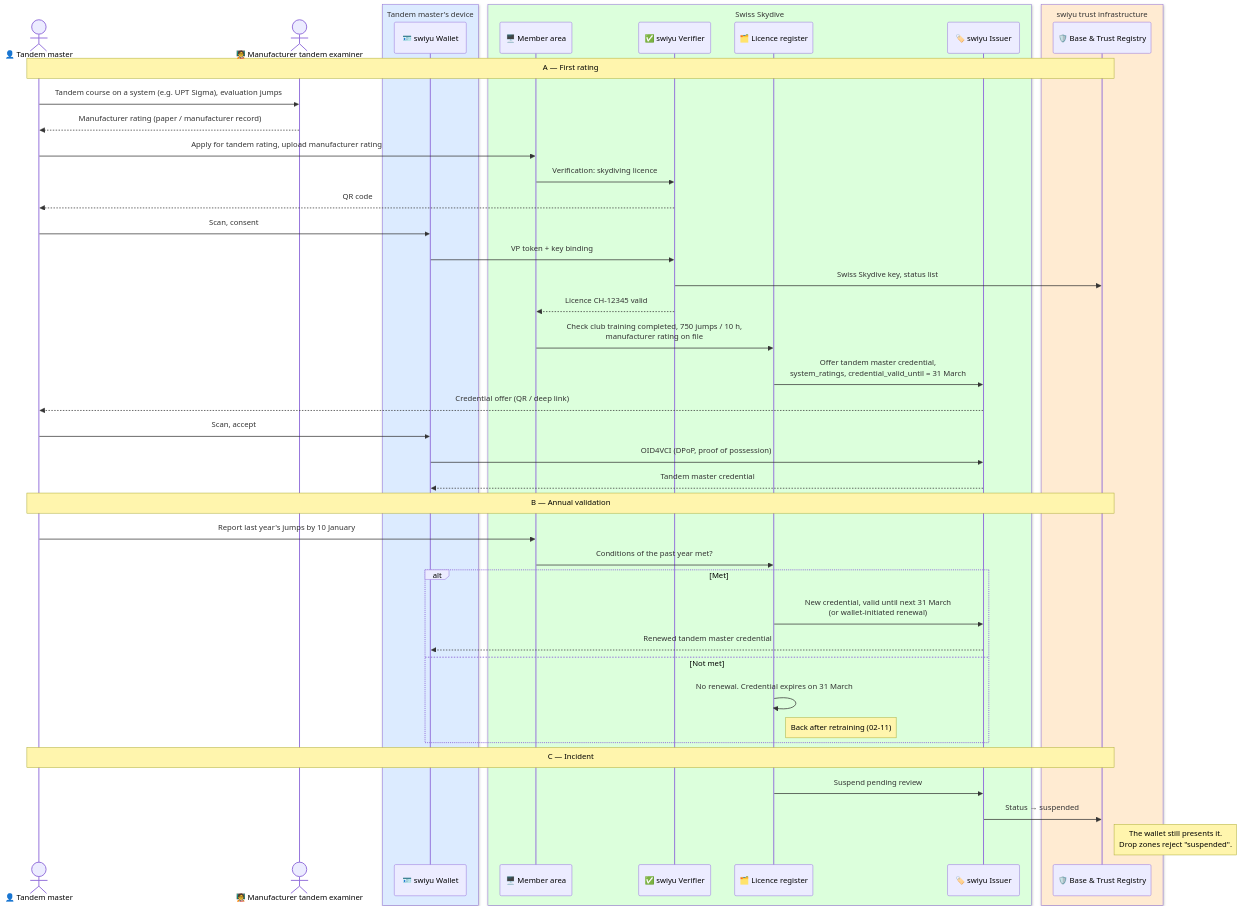
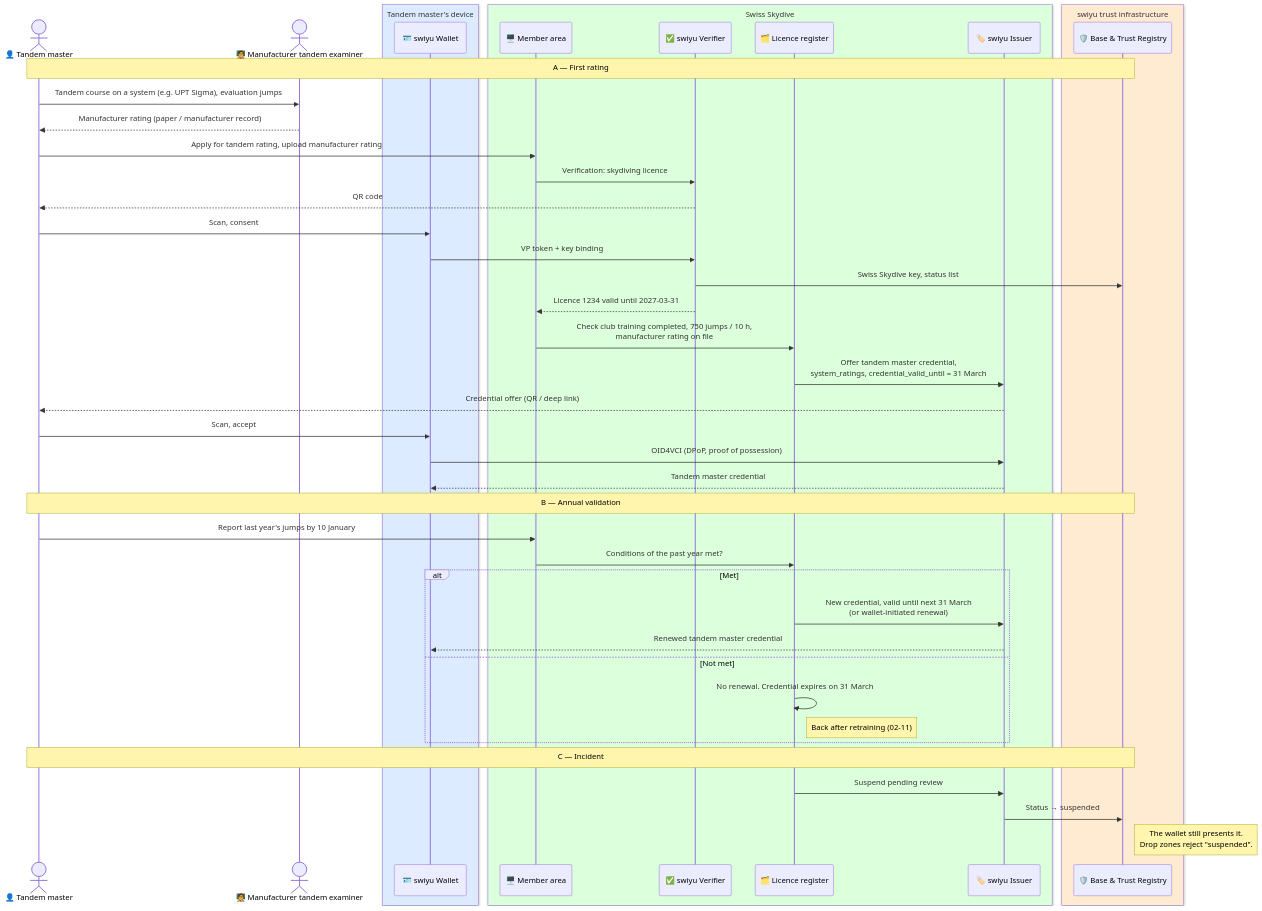
The diagram in sport/tandem-master.md (DIDAS-swiss/Trust-Flow-Diagram-Repository), drawn with Mermaid before and after one commit. The commit also changed other lines of this file and 8 other files, not shown here.

````diff
--- a/sport/tandem-master.md
+++ b/sport/tandem-master.md
@@ -59,54 +61,54 @@
 ```mermaid
 %%{init: {"theme": "default", "themeVariables": {"fontFamily": "Inter, Arial"}}}%%
 sequenceDiagram
     actor TM as 👤 Tandem master
     actor TE as 🧑‍🏫 Manufacturer tandem examiner
 
     box rgb(220,235,255) Tandem master's device
         participant Wallet as 🪪 swiyu Wallet
     end
 
     box rgb(220,255,220) Swiss Skydive
         participant Portal as 🖥️ Member area
         participant Verifier as ✅ swiyu Verifier
         participant Register as 🗂️ Licence register
         participant Issuer as 🏷️ swiyu Issuer
     end
 
     box rgb(255,235,210) swiyu trust infrastructure
         participant Trust as 🛡️ Base & Trust Registry
     end
 
     Note over TM,Trust: A — First rating
     TM->>TE: Tandem course on a system (e.g. UPT Sigma), evaluation jumps
     TE-->>TM: Manufacturer rating (paper / manufacturer record)
     TM->>Portal: Apply for tandem rating, upload manufacturer rating
     Portal->>Verifier: Verification: skydiving licence
     Verifier-->>TM: QR code
     TM->>Wallet: Scan, consent
     Wallet->>Verifier: VP token + key binding
     Verifier->>Trust: Swiss Skydive key, status list
-    Verifier-->>Portal: Licence CH-12345 valid
+    Verifier-->>Portal: Licence 1234 valid until 2027-03-31
     Portal->>Register: Check club training completed, 750 jumps / 10 h,<br/>manufacturer rating on file
     Register->>Issuer: Offer tandem master credential,<br/>system_ratings, credential_valid_until = 31 March
     Issuer-->>TM: Credential offer (QR / deep link)
     TM->>Wallet: Scan, accept
     Wallet->>Issuer: OID4VCI (DPoP, proof of possession)
     Issuer-->>Wallet: Tandem master credential
 
     Note over TM,Trust: B — Annual validation
     TM->>Portal: Report last year's jumps by 10 January
     Portal->>Register: Conditions of the past year met?
     alt Met
         Register->>Issuer: New credential, valid until next 31 March<br/>(or wallet-initiated renewal)
         Issuer-->>Wallet: Renewed tandem master credential
     else Not met
         Register->>Register: No renewal. Credential expires on 31 March
         Note right of Register: Back after retraining (02-11)
     end
 
     Note over TM,Trust: C — Incident
     Register->>Issuer: Suspend pending review
     Issuer->>Trust: Status → suspended
     Note right of Trust: The wallet still presents it.<br/>Drop zones reject "suspended".
 ```
````
